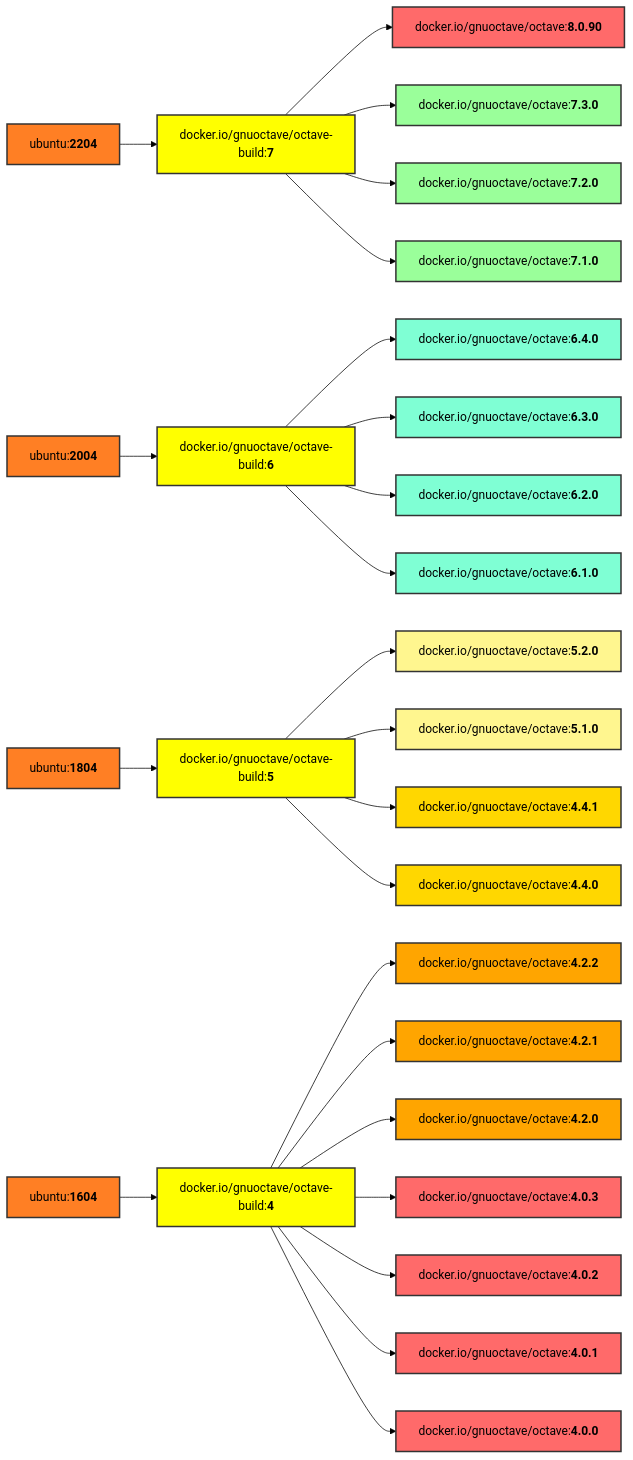
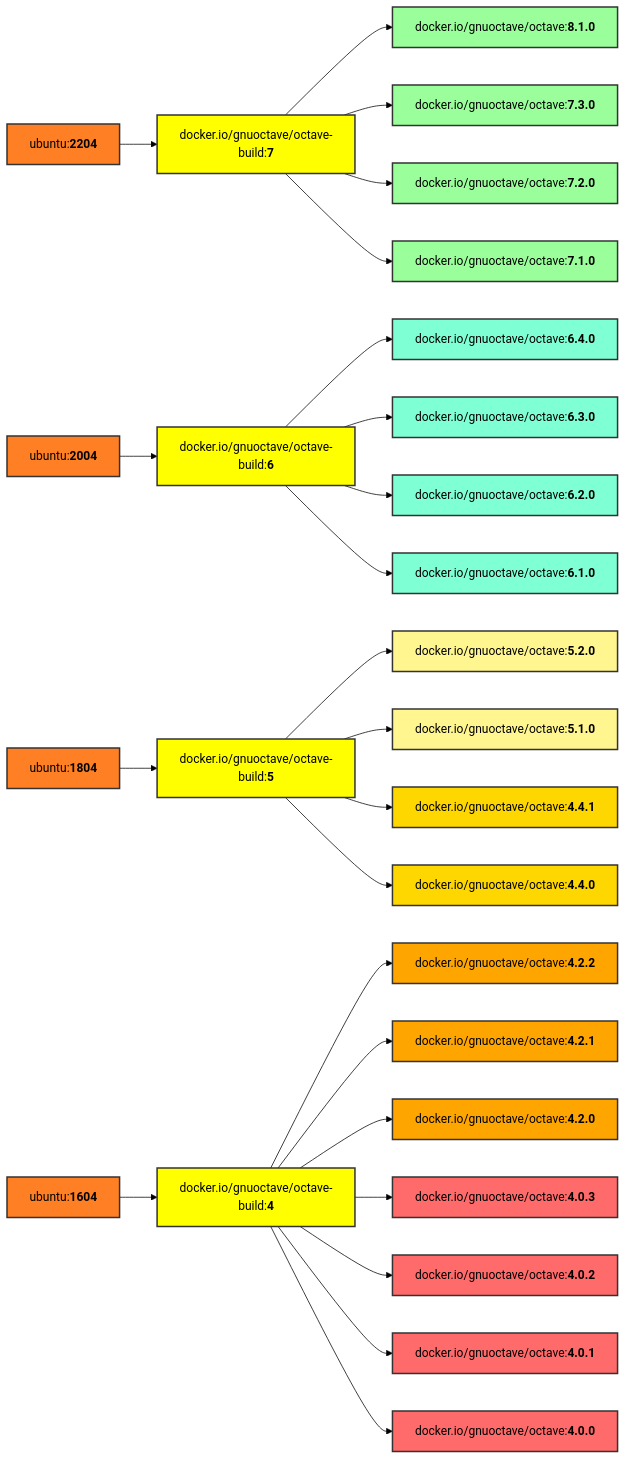
One commit to gnu-octave/docker changed the diagram in README.md. Above: the diagram before and after it, drawn with Mermaid (forest theme). The commit also changed other lines of this file and 2 other files, not shown here.

Commit message:
Octave 8.1.0 released

````diff
--- a/README.md
+++ b/README.md
@@ -84,61 +84,61 @@
 ```mermaid
 graph LR
     U4[ubuntu:<b>2204</b>] --> b7[docker.io/gnuoctave/octave-build:<b>7</b>];
     U3[ubuntu:<b>2004</b>] --> b6[docker.io/gnuoctave/octave-build:<b>6</b>];
     U2[ubuntu:<b>1804</b>] --> b5[docker.io/gnuoctave/octave-build:<b>5</b>];
     U1[ubuntu:<b>1604</b>] --> b4[docker.io/gnuoctave/octave-build:<b>4</b>];
-    b7 --> v8090[docker.io/gnuoctave/octave:<b>8.0.90</b>];
+    b7 --> v810[docker.io/gnuoctave/octave:<b>8.1.0</b>];
     b7 --> v730[docker.io/gnuoctave/octave:<b>7.3.0</b>];
     b7 --> v720[docker.io/gnuoctave/octave:<b>7.2.0</b>];
     b7 --> v710[docker.io/gnuoctave/octave:<b>7.1.0</b>];
     b6 --> v640[docker.io/gnuoctave/octave:<b>6.4.0</b>];
     b6 --> v630[docker.io/gnuoctave/octave:<b>6.3.0</b>];
     b6 --> v620[docker.io/gnuoctave/octave:<b>6.2.0</b>];
     b6 --> v610[docker.io/gnuoctave/octave:<b>6.1.0</b>];
     b5 --> v520[docker.io/gnuoctave/octave:<b>5.2.0</b>];
     b5 --> v510[docker.io/gnuoctave/octave:<b>5.1.0</b>];
     b5 --> v441[docker.io/gnuoctave/octave:<b>4.4.1</b>];
     b5 --> v440[docker.io/gnuoctave/octave:<b>4.4.0</b>];
     b4 --> v422[docker.io/gnuoctave/octave:<b>4.2.2</b>];
     b4 --> v421[docker.io/gnuoctave/octave:<b>4.2.1</b>];
     b4 --> v420[docker.io/gnuoctave/octave:<b>4.2.0</b>];
     b4 --> v403[docker.io/gnuoctave/octave:<b>4.0.3</b>];
     b4 --> v402[docker.io/gnuoctave/octave:<b>4.0.2</b>];
     b4 --> v401[docker.io/gnuoctave/octave:<b>4.0.1</b>];
     b4 --> v400[docker.io/gnuoctave/octave:<b>4.0.0</b>];
     classDef U fill:#ff7f24,stroke:#333,stroke-width:2px;
     class U1 U;
     class U2 U;
     class U3 U;
     class U4 U;
     classDef b fill:#ff0,stroke:#333,stroke-width:2px;
     class b4 b;
     class b5 b;
     class b6 b;
     class b7 b;
     classDef age1 fill:#9aff9a,stroke:#333,stroke-width:2px;
     classDef age2 fill:#7fffd4,stroke:#333,stroke-width:2px;
     classDef age3 fill:#fff68f,stroke:#333,stroke-width:2px;
     classDef age4 fill:#ffd700,stroke:#333,stroke-width:2px;
     classDef age5 fill:#ffa500,stroke:#333,stroke-width:2px;
     classDef age6 fill:#ff6a6a,stroke:#333,stroke-width:2px;
-    class v8090 age6;
+    class v810 age1;
     class v730 age1;
     class v720 age1;
     class v710 age1;
     class v640 age2;
     class v630 age2;
     class v620 age2;
     class v610 age2;
     class v520 age3;
     class v510 age3;
     class v441 age4;
     class v440 age4;
     class v422 age5;
     class v421 age5;
     class v420 age5;
     class v403 age6;
     class v402 age6;
     class v401 age6;
     class v400 age6;
 ```
````
